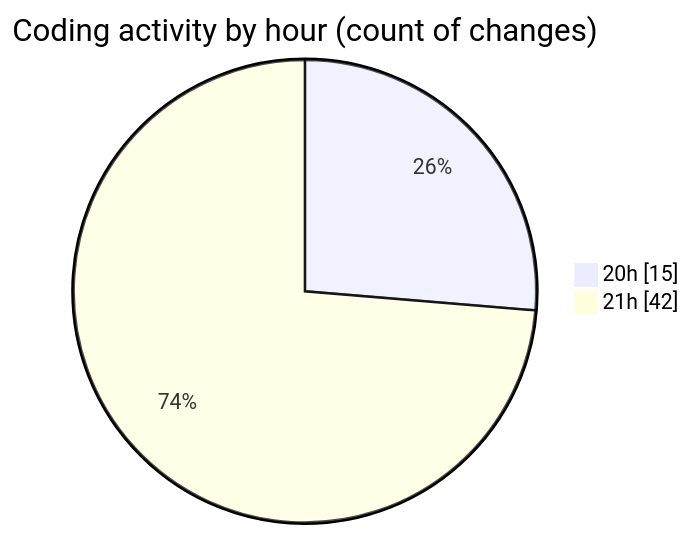
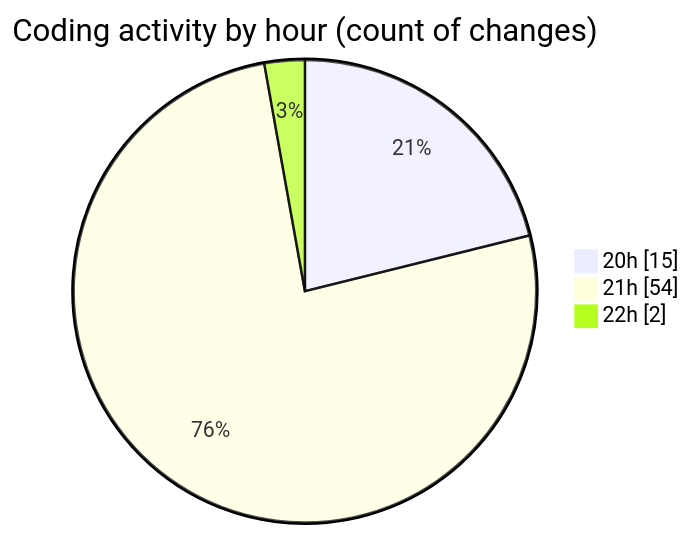
The second of 2 diagrams in 2025-05-02/date/README.md (Netris89/code-tracking), drawn with Mermaid before and after one commit. The commit also changed other lines of this file and 1 other file, not shown here.

````diff
--- a/2025-05-02/date/README.md
+++ b/2025-05-02/date/README.md
@@ -38,6 +40,7 @@
 ```mermaid
 pie showData
 title Coding activity by hour (count of changes)
 "20h" : 15
-"21h" : 42
+"21h" : 54
+"22h" : 2
 ```
````
